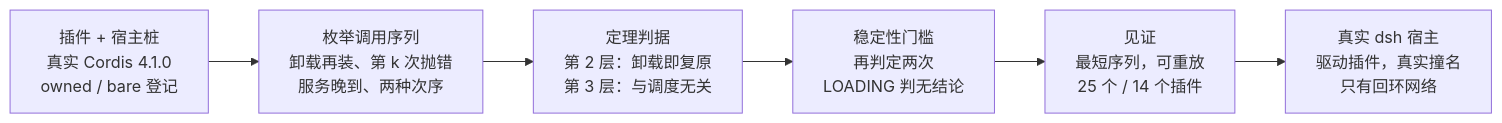
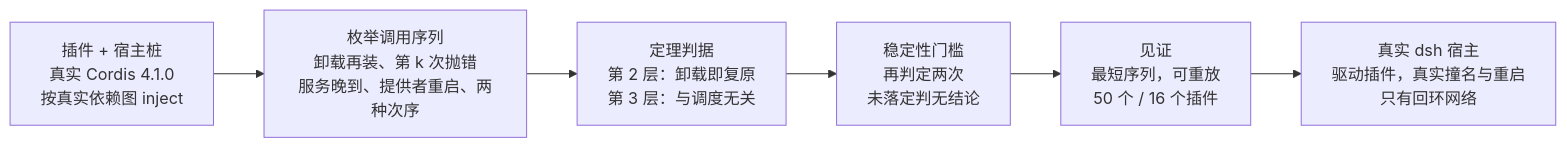
One commit to alpha-beta-eta/cordis-rocq changed the diagram in checker/REPORT.md. Above: the diagram before and after it, drawn with Mermaid. The commit also changed other lines of this file, not shown here.

````diff
--- a/checker/REPORT.md
+++ b/checker/REPORT.md
@@ -49,8 +39,8 @@
 ```mermaid
 flowchart LR
-  A["插件 + 宿主桩<br/>真实 Cordis 4.1.0<br/>owned / bare 登记"] --> B["枚举调用序列<br/>卸载再装、第 k 次抛错<br/>服务晚到、两种次序"]
+  A["插件 + 宿主桩<br/>真实 Cordis 4.1.0<br/>按真实依赖图 inject"] --> B["枚举调用序列<br/>卸载再装、第 k 次抛错<br/>服务晚到、提供者重启、两种次序"]
   B --> C["定理判据<br/>第 2 层：卸载即复原<br/>第 3 层：与调度无关"]
-  C --> D["稳定性门槛<br/>再判定两次<br/>LOADING 判无结论"]
-  D --> E["见证<br/>最短序列，可重放<br/>25 个 / 14 个插件"]
-  E --> F["真实 dsh 宿主<br/>驱动插件，真实撞名<br/>只有回环网络"]
+  C --> D["稳定性门槛<br/>再判定两次<br/>未落定判无结论"]
+  D --> E["见证<br/>最短序列，可重放<br/>50 个 / 16 个插件"]
+  E --> F["真实 dsh 宿主<br/>驱动插件，真实撞名与重启<br/>只有回环网络"]
 ```
````
